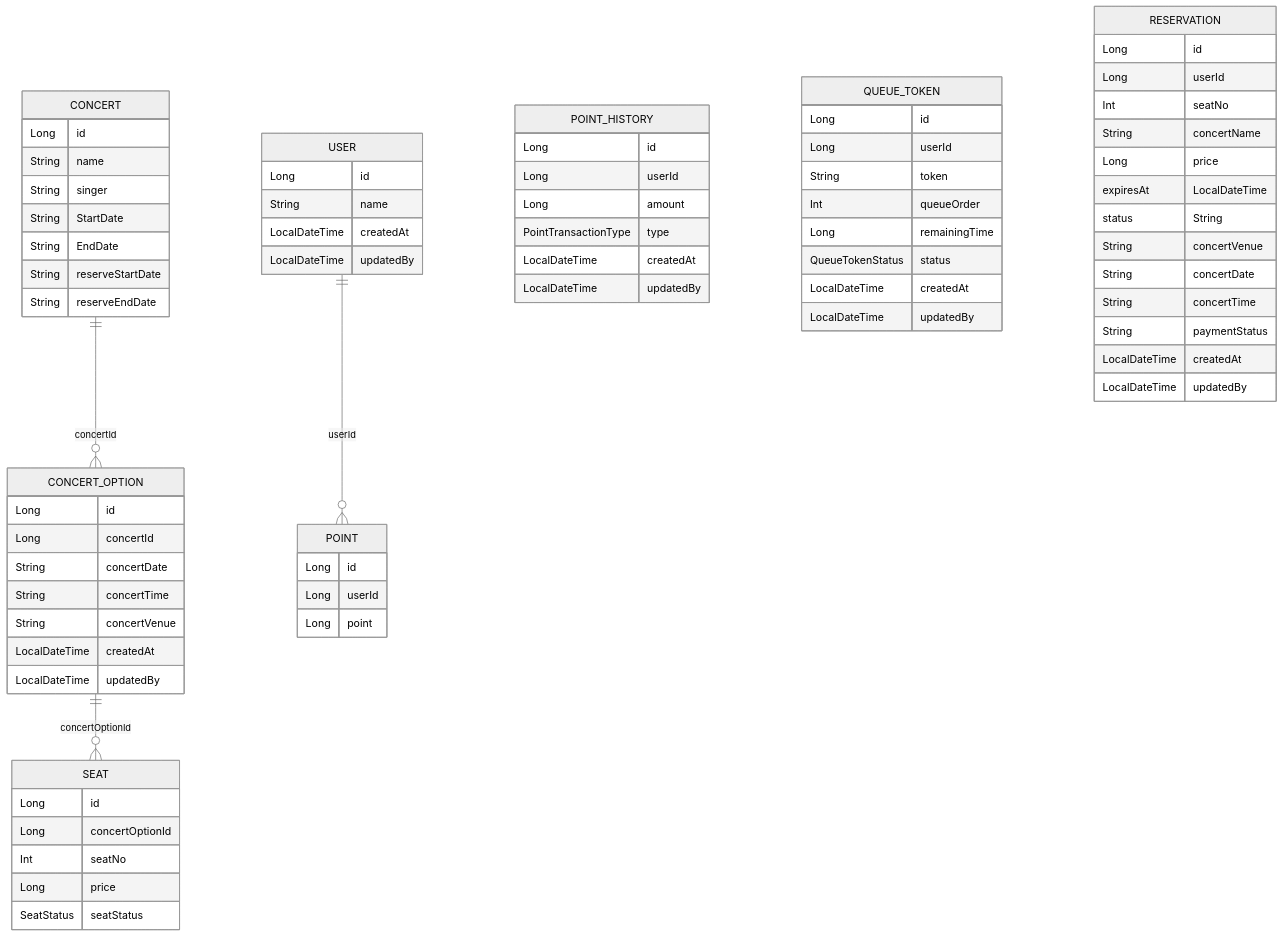
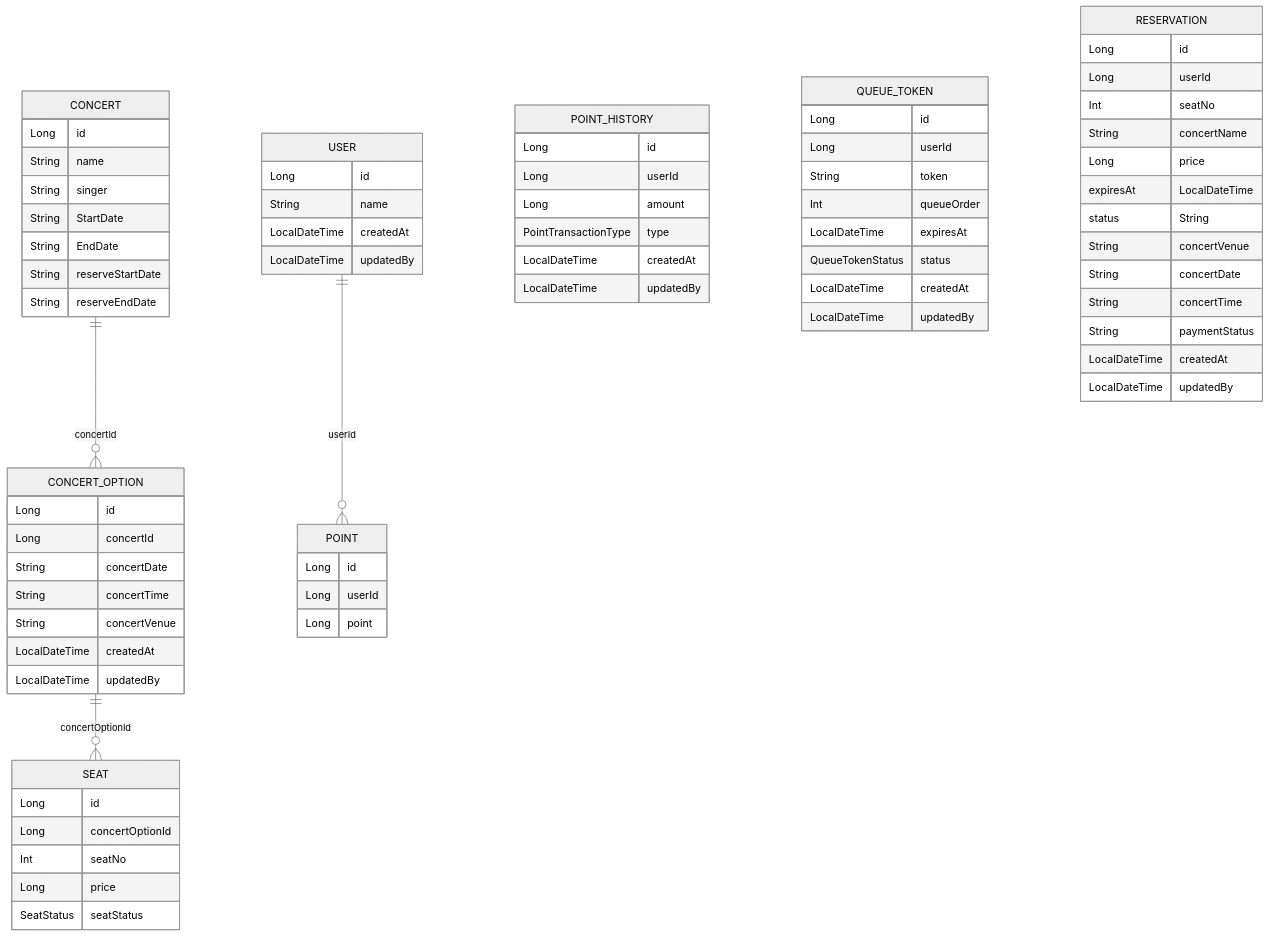
One commit to ByeonJuHwan/Concert-Ticketing changed the tenth of 10 diagrams in README.md. Above: the diagram before and after it, drawn with Mermaid (neutral theme).

Commit message:
토큰 엔티티 ERD 수정

```diff
--- a/README.md
+++ b/README.md
@@ -706,7 +706,7 @@
         Long userId
         String token
         Int queueOrder
-        Long remainingTime
+	LocalDateTime expiresAt 
         QueueTokenStatus status
         LocalDateTime createdAt
         LocalDateTime updatedBy
```
